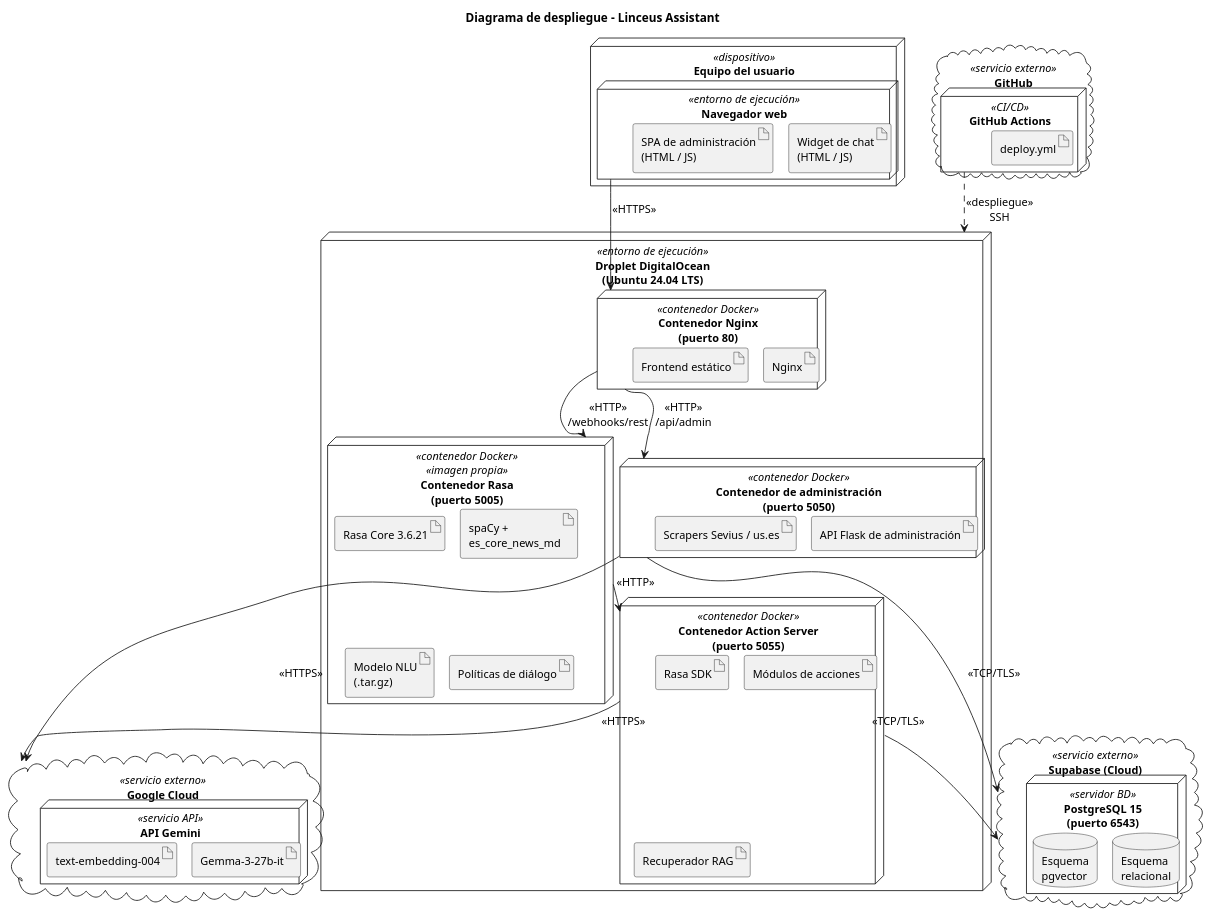
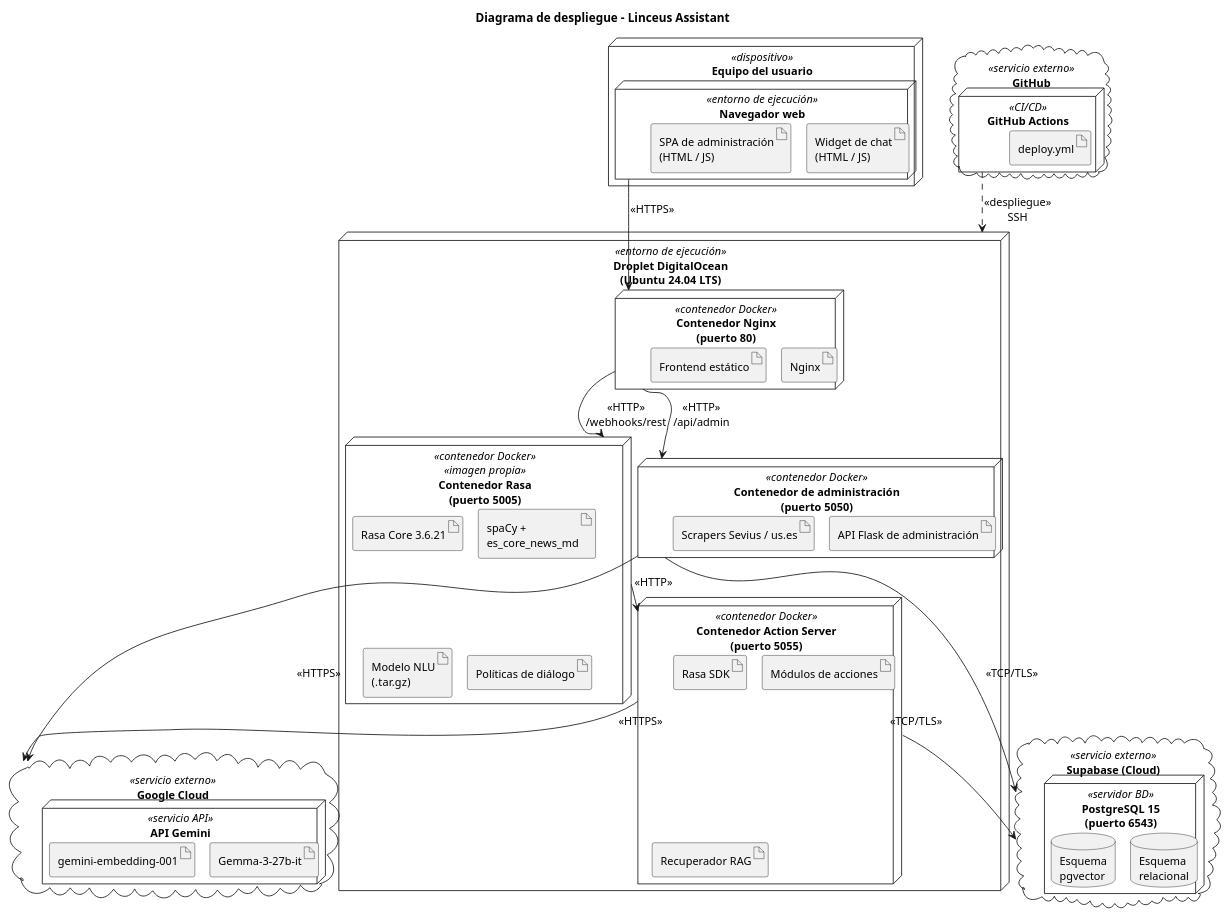
The diagram in memoria_tfg/Plantilla TfG/img/diagrama_despliegue.puml (santiabregu/linceus-assistant), drawn with PlantUML before and after one commit. The commit also changed 32 other files, not shown here.

```diff
--- a/memoria_tfg/Plantilla TfG/img/diagrama_despliegue.puml
+++ b/memoria_tfg/Plantilla TfG/img/diagrama_despliegue.puml
@@ -1,79 +1,79 @@
 @startuml diagrama_despliegue
 !pragma layout smetana
 skinparam defaultFontSize 13
 skinparam shadowing false
 skinparam nodeStyle rectangle
 
 title Diagrama de despliegue - Linceus Assistant
 
 ' ─── Cliente ─────────────────────────────────────────────────────────────────
 node "Equipo del usuario" as client <<dispositivo>> {
   node "Navegador web" as browser <<entorno de ejecución>> {
     artifact "Widget de chat\n(HTML / JS)" as chatwidget
     artifact "SPA de administración\n(HTML / JS)" as adminspa
   }
 }
 
 ' ─── Servidor de producción ──────────────────────────────────────────────────
 node "Droplet DigitalOcean\n(Ubuntu 24.04 LTS)" as droplet <<entorno de ejecución>> {
 
   node "Contenedor Nginx\n(puerto 80)" as nginx_container <<contenedor Docker>> {
     artifact "Nginx" as nginx_art
     artifact "Frontend estático" as frontend_art
   }
 
   node "Contenedor Rasa\n(puerto 5005)" as rasa_container <<contenedor Docker>> <<imagen propia>> {
     artifact "Rasa Core 3.6.21" as rasa_art
     artifact "spaCy +\nes_core_news_md" as spacy_art
     artifact "Modelo NLU\n(.tar.gz)" as nlu_model
     artifact "Políticas de diálogo" as policies
   }
 
   node "Contenedor Action Server\n(puerto 5055)" as action_container <<contenedor Docker>> {
     artifact "Rasa SDK" as sdk_art
     artifact "Módulos de acciones" as action_modules
     artifact "Recuperador RAG" as rag_art
   }
 
   node "Contenedor de administración\n(puerto 5050)" as admin_container <<contenedor Docker>> {
     artifact "API Flask de administración" as admin_art
     artifact "Scrapers Sevius / us.es" as scrapers_art
   }
 }
 
 ' ─── Servicios externos ──────────────────────────────────────────────────────
 cloud "Supabase (Cloud)" as supabase <<servicio externo>> {
   node "PostgreSQL 15\n(puerto 6543)" as pg <<servidor BD>> {
     database "Esquema\nrelacional" as db_rel
     database "Esquema\npgvector" as db_vec
   }
 }
 
 cloud "Google Cloud" as gcloud <<servicio externo>> {
   node "API Gemini" as gemini <<servicio API>> {
     artifact "Gemma-3-27b-it" as gemini_llm
-    artifact "text-embedding-004" as gemini_emb
+    artifact "gemini-embedding-001" as gemini_emb
   }
 }
 
 ' ─── Pipeline CI/CD ──────────────────────────────────────────────────────────
 cloud "GitHub" as github <<servicio externo>> {
   node "GitHub Actions" as gha <<CI/CD>> {
     artifact "deploy.yml" as deploy_wf
   }
 }
 
 ' ─── Comunicaciones runtime ──────────────────────────────────────────────────
 browser --> nginx_container : <<HTTPS>>
 nginx_container --> rasa_container : <<HTTP>>\n/webhooks/rest
 nginx_container --> admin_container : <<HTTP>>\n/api/admin
 rasa_container --> action_container : <<HTTP>>
 action_container --> supabase : <<TCP/TLS>>
 action_container --> gcloud : <<HTTPS>>
 admin_container --> supabase : <<TCP/TLS>>
 admin_container --> gcloud : <<HTTPS>>
 
 ' ─── Pipeline de despliegue ──────────────────────────────────────────────────
 gha ..> droplet : <<despliegue>>\nSSH
 
 @enduml
```
